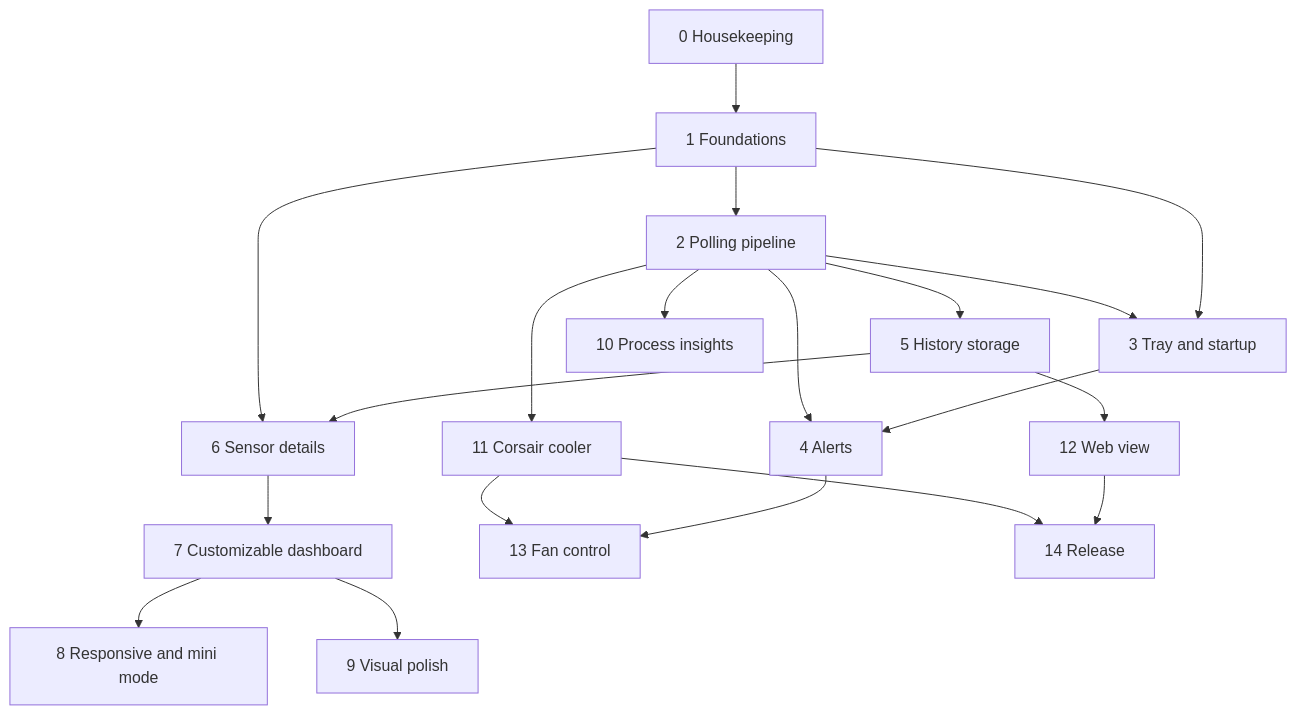
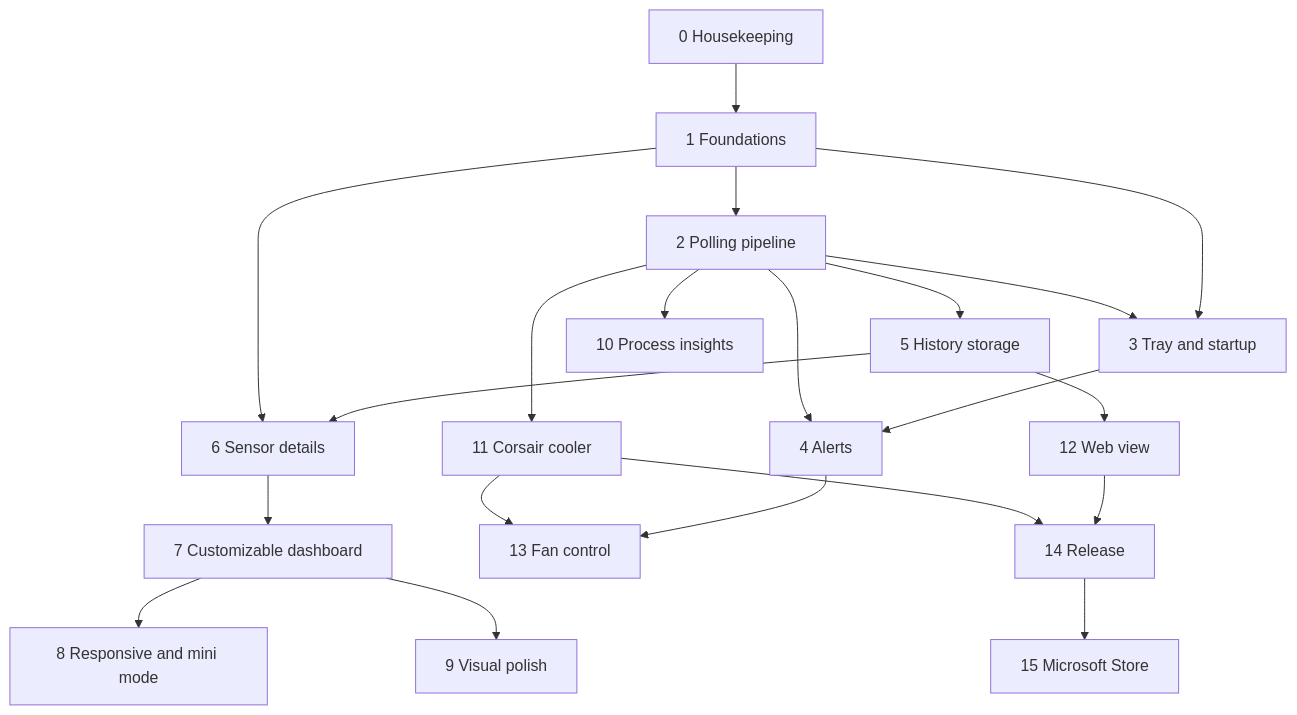
Before and after one commit to pulsar-a/pulse-app: the diagram in docs/plans/README.md, drawn with Mermaid. The commit also changed other lines of this file and 41 other files, not shown here.

````diff
--- a/docs/plans/README.md
+++ b/docs/plans/README.md
@@ -32,22 +33,23 @@
 ```mermaid
 graph TD
     S0[0 Housekeeping] --> S1[1 Foundations]
     S1 --> S2[2 Polling pipeline]
     S1 --> S3[3 Tray and startup]
     S2 --> S3
     S3 --> S4[4 Alerts]
     S2 --> S4
     S2 --> S5[5 History storage]
     S5 --> S6[6 Sensor details]
     S1 --> S6
     S6 --> S7[7 Customizable dashboard]
     S7 --> S8[8 Responsive and mini mode]
     S7 --> S9[9 Visual polish]
     S2 --> S10[10 Process insights]
     S2 --> S11[11 Corsair cooler]
     S5 --> S12[12 Web view]
     S4 --> S13[13 Fan control]
     S11 --> S13
     S12 --> S14[14 Release]
+    S14 --> S15[15 Microsoft Store]
     S11 --> S14
 ```
````
